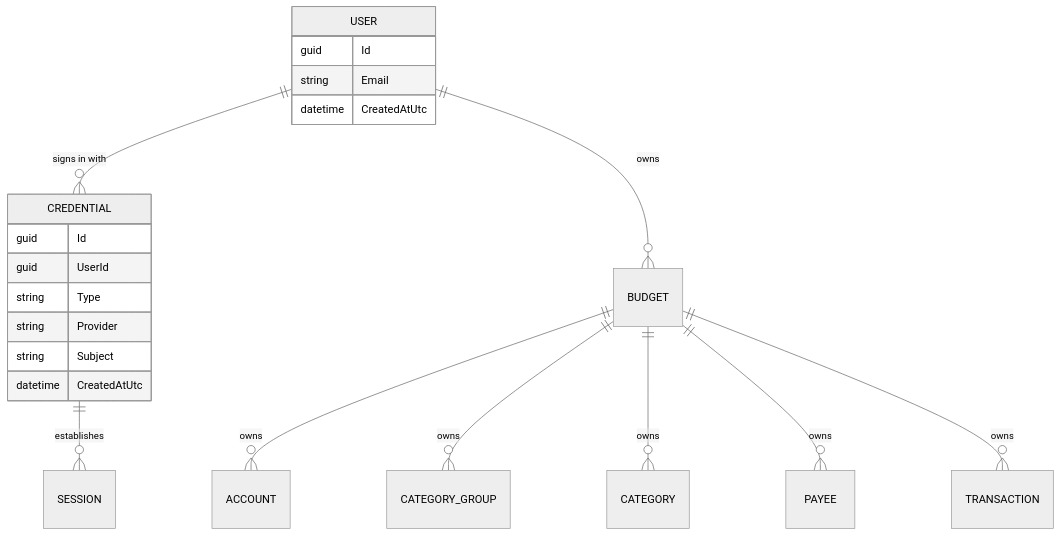
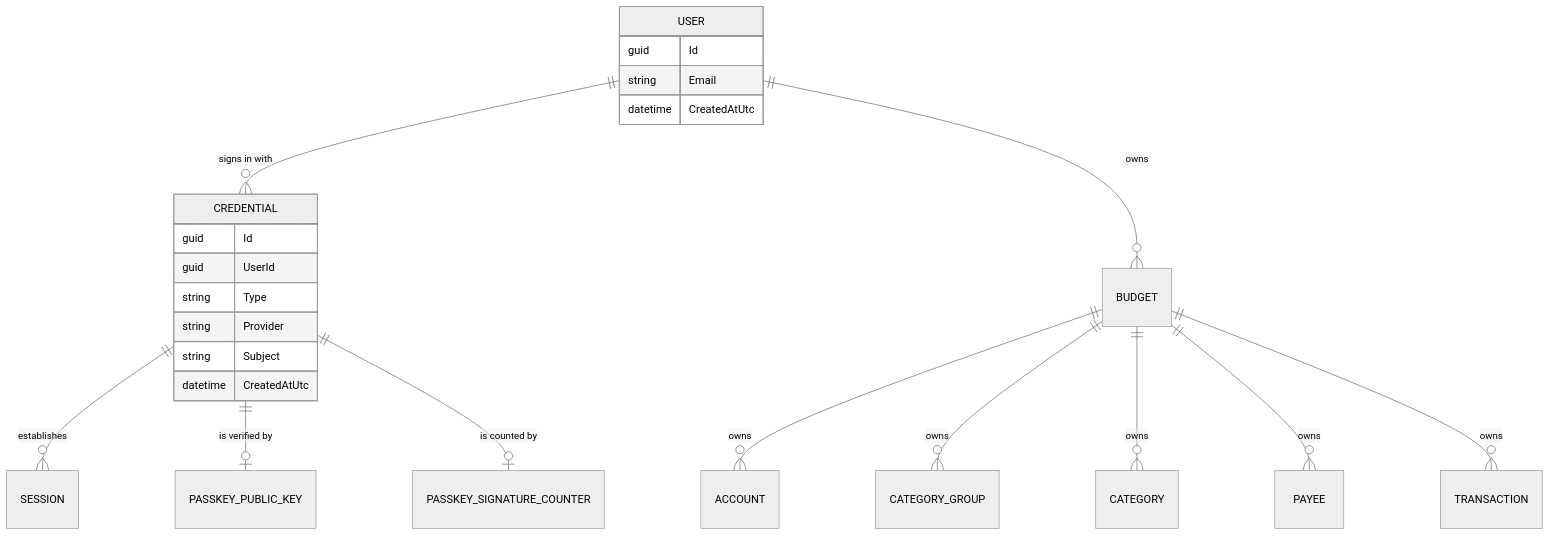
The first of 2 diagrams in docs/business-logic/users-and-ownership.md (anton-kochev/budgetoid), drawn with Mermaid (neutral theme) before and after one commit. The commit also changed other lines of this file and 109 other files, not shown here.

````diff
--- a/docs/business-logic/users-and-ownership.md
+++ b/docs/business-logic/users-and-ownership.md
@@ -50,24 +52,26 @@
 ```mermaid
 erDiagram
     USER ||--o{ CREDENTIAL : "signs in with"
     CREDENTIAL ||--o{ SESSION : establishes
+    CREDENTIAL ||--o| PASSKEY_PUBLIC_KEY : "is verified by"
+    CREDENTIAL ||--o| PASSKEY_SIGNATURE_COUNTER : "is counted by"
     USER ||--o{ BUDGET : owns
     BUDGET ||--o{ ACCOUNT : owns
     BUDGET ||--o{ CATEGORY_GROUP : owns
     BUDGET ||--o{ CATEGORY : owns
     BUDGET ||--o{ PAYEE : owns
     BUDGET ||--o{ TRANSACTION : owns
     USER {
         guid Id
         string Email
         datetime CreatedAtUtc
     }
     CREDENTIAL {
         guid Id
         guid UserId
         string Type
         string Provider
         string Subject
         datetime CreatedAtUtc
     }
 ```
````
